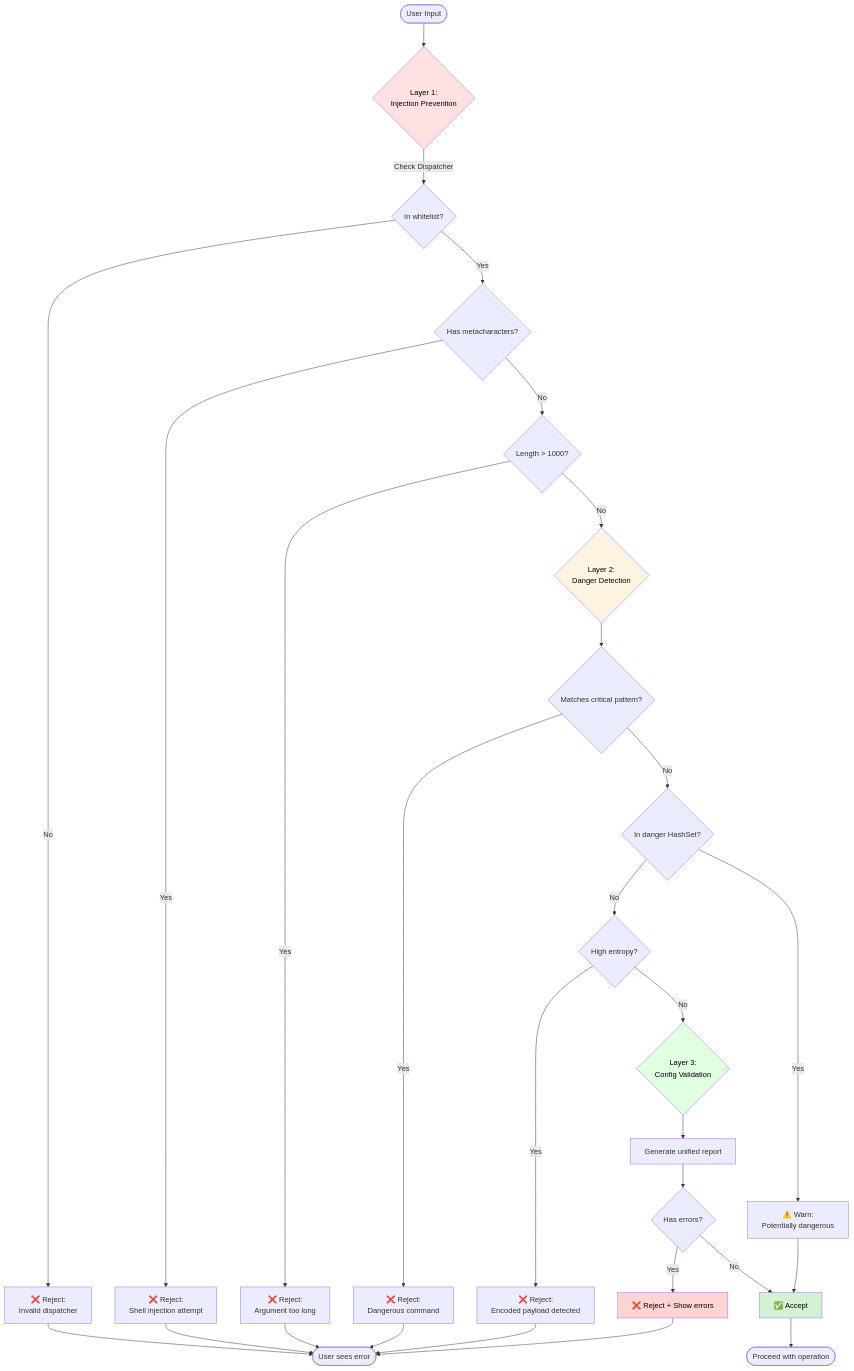
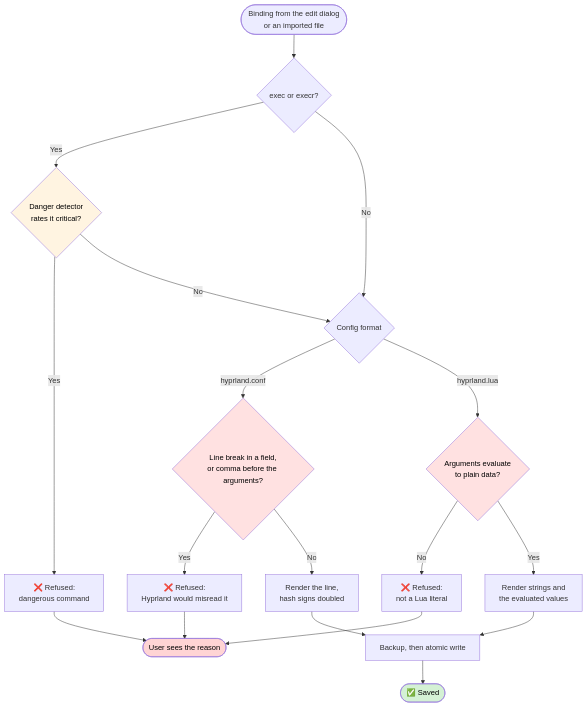
The sixth of 7 diagrams in docs/ARCHITECTURE.md (tidynest/hypr-keybind-manager), drawn with Mermaid before and after one commit. The commit also changed other lines of this file and 23 other files, not shown here.

````diff
--- a/docs/ARCHITECTURE.md
+++ b/docs/ARCHITECTURE.md
@@ -285,45 +287,31 @@
 ```mermaid
 flowchart TD
-    Input([User Input]) --> Layer1{Layer 1:<br/>Injection Prevention}
+    Input([Binding from the edit dialog<br/>or an imported file]) --> Shell{exec or execr?}
 
-    Layer1 -->|Check Dispatcher| WhitelistCheck{In whitelist?}
-    WhitelistCheck -->|No| RejectDispatcher[❌ Reject:<br/>Invalid dispatcher]
-    WhitelistCheck -->|Yes| MetaCheck{Has metacharacters?}
+    Shell -->|Yes| PatternCheck{Danger detector<br/>rates it critical?}
+    Shell -->|No| Format
+    PatternCheck -->|Yes| RejectPattern[❌ Refused:<br/>dangerous command]
+    PatternCheck -->|No| Format{Config format}
 
-    MetaCheck -->|Yes| RejectMeta[❌ Reject:<br/>Shell injection attempt]
-    MetaCheck -->|No| LengthCheck{Length > 1000?}
+    Format -->|hyprland.conf| FieldCheck{Line break in a field,<br/>or comma before the arguments?}
+    FieldCheck -->|Yes| RejectField[❌ Refused:<br/>Hyprland would misread it]
+    FieldCheck -->|No| Escape[Render the line,<br/>hash signs doubled]
 
-    LengthCheck -->|Yes| RejectLength[❌ Reject:<br/>Argument too long]
-    LengthCheck -->|No| Layer2{Layer 2:<br/>Danger Detection}
+    Format -->|hyprland.lua| LuaArgs{Arguments evaluate<br/>to plain data?}
+    LuaArgs -->|No| RejectLua[❌ Refused:<br/>not a Lua literal]
+    LuaArgs -->|Yes| Render[Render strings and<br/>the evaluated values]
 
-    Layer2 --> PatternCheck{Matches critical pattern?}
-    PatternCheck -->|Yes| RejectPattern[❌ Reject:<br/>Dangerous command]
-    PatternCheck -->|No| HashCheck{In danger HashSet?}
+    Escape --> Commit[Backup, then atomic write]
+    Render --> Commit
+    Commit --> Accept([✅ Saved])
 
-    HashCheck -->|Yes| WarnDanger[⚠️ Warn:<br/>Potentially dangerous]
-    HashCheck -->|No| EntropyCheck{High entropy?}
+    RejectPattern --> End([User sees the reason])
+    RejectField --> End
+    RejectLua --> End
 
-    EntropyCheck -->|Yes| RejectEntropy[❌ Reject:<br/>Encoded payload detected]
-    EntropyCheck -->|No| Layer3{Layer 3:<br/>Config Validation}
-
-    Layer3 --> UnifiedReport[Generate unified report]
-    UnifiedReport --> FinalCheck{Has errors?}
-
-    FinalCheck -->|Yes| Reject[❌ Reject + Show errors]
-    FinalCheck -->|No| Accept[✅ Accept]
-    WarnDanger --> Accept
-
-    RejectDispatcher --> End([User sees error])
-    RejectMeta --> End
-    RejectLength --> End
-    RejectPattern --> End
-    RejectEntropy --> End
-    Reject --> End
-    Accept --> Success([Proceed with operation])
-
-    style Layer1 fill:#ffe1e1,color:#000
-    style Layer2 fill:#fff4e1,color:#000
-    style Layer3 fill:#e1ffe1,color:#000
+    style PatternCheck fill:#fff4e1,color:#000
+    style FieldCheck fill:#ffe1e1,color:#000
+    style LuaArgs fill:#ffe1e1,color:#000
     style Accept fill:#d4f1d4,color:#000
-    style Reject fill:#ffd4d4,color:#000
+    style End fill:#ffd4d4,color:#000
 ```
````
